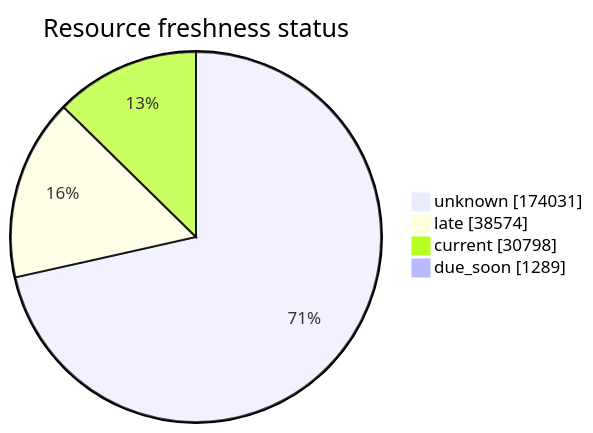
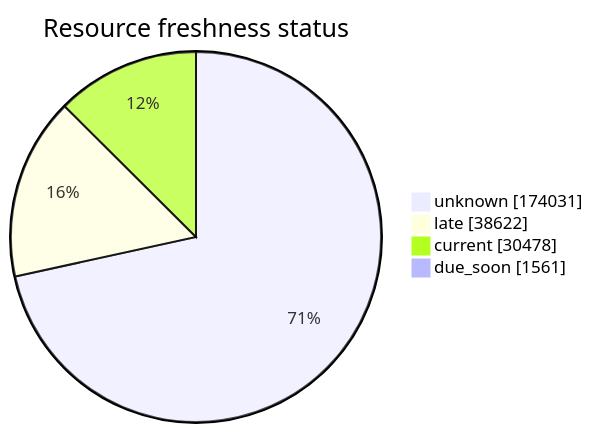
Before and after one commit to open-data/analytics-corporate-reporting: the third of 5 diagrams in FreshCheck/README.md, drawn with Mermaid. The commit also changed other lines of this file and 3 other files, not shown here.

````diff
--- a/FreshCheck/README.md
+++ b/FreshCheck/README.md
@@ -77,7 +77,7 @@
 ```mermaid
 pie showData title Resource freshness status
     "unknown": 174031
-    "late": 38574
-    "current": 30798
-    "due_soon": 1289
+    "late": 38622
+    "current": 30478
+    "due_soon": 1561
 ```
````
